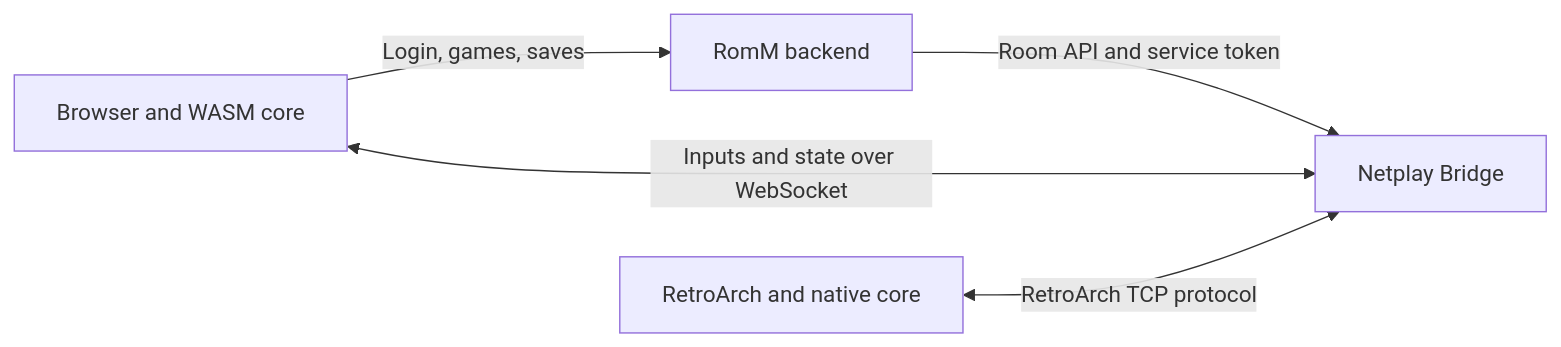
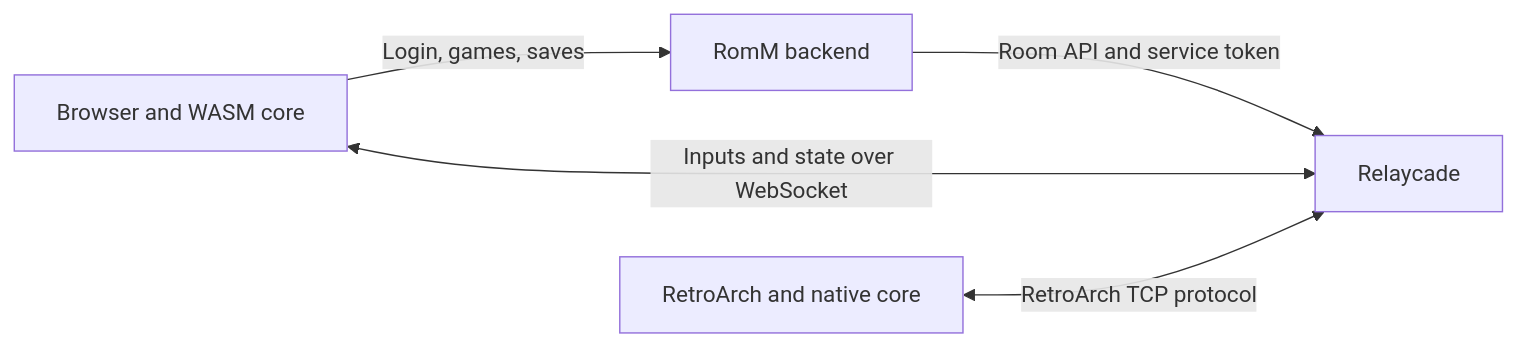
The diagram in README.md (ysteen/relaycade), drawn with Mermaid before and after one commit. The commit also changed other lines of this file and 18 other files, not shown here.

````diff
--- a/README.md
+++ b/README.md
@@ -62,7 +62,7 @@
 ```mermaid
 flowchart LR
     Web[Browser and WASM core] -->|Login, games, saves| RomM[RomM backend]
-    RomM -->|Room API and service token| Bridge[Netplay Bridge]
+    RomM -->|Room API and service token| Bridge[Relaycade]
     Web <-->|Inputs and state over WebSocket| Bridge
     Native[RetroArch and native core] <-->|RetroArch TCP protocol| Bridge
 ```
````
